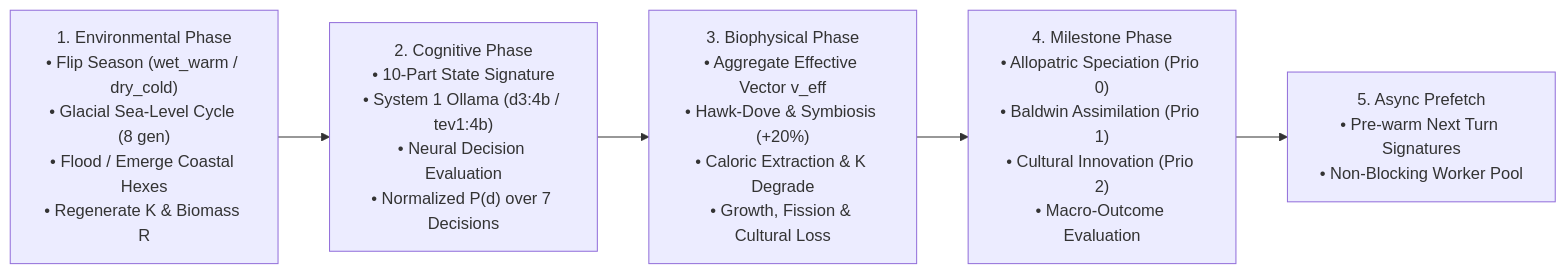
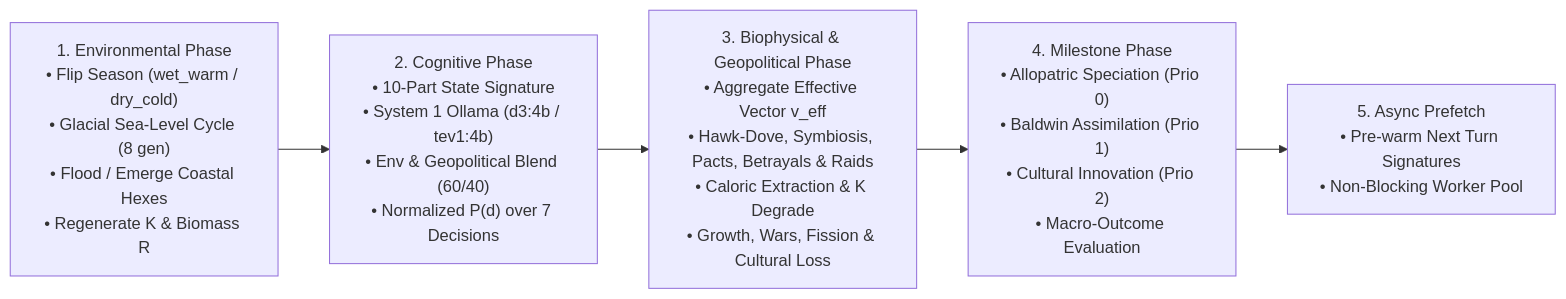
One commit to arrase/Evolution changed the diagram in gh-pages/index.md. Above: the diagram before and after it, drawn with Mermaid. The commit also changed other lines of this file and 47 other files, not shown here.

````diff
--- a/gh-pages/index.md
+++ b/gh-pages/index.md
@@ -111,7 +111,7 @@
 ```mermaid
 flowchart LR
-    Env["1. Environmental Phase\n• Flip Season (wet_warm / dry_cold)\n• Glacial Sea-Level Cycle (8 gen)\n• Flood / Emerge Coastal Hexes\n• Regenerate K & Biomass R"] --> Cog["2. Cognitive Phase\n• 10-Part State Signature\n• System 1 Ollama (d3:4b / tev1:4b)\n• Neural Decision Evaluation\n• Normalized P(d) over 7 Decisions"]
-    Cog --> Bio["3. Biophysical Phase\n• Aggregate Effective Vector v_eff\n• Hawk-Dove & Symbiosis (+20%)\n• Caloric Extraction & K Degrade\n• Growth, Fission & Cultural Loss"]
+    Env["1. Environmental Phase\n• Flip Season (wet_warm / dry_cold)\n• Glacial Sea-Level Cycle (8 gen)\n• Flood / Emerge Coastal Hexes\n• Regenerate K & Biomass R"] --> Cog["2. Cognitive Phase\n• 10-Part State Signature\n• System 1 Ollama (d3:4b / tev1:4b)\n• Env & Geopolitical Blend (60/40)\n• Normalized P(d) over 7 Decisions"]
+    Cog --> Bio["3. Biophysical & Geopolitical Phase\n• Aggregate Effective Vector v_eff\n• Hawk-Dove, Symbiosis, Pacts, Betrayals & Raids\n• Caloric Extraction & K Degrade\n• Growth, Wars, Fission & Cultural Loss"]
     Bio --> Mile["4. Milestone Phase\n• Allopatric Speciation (Prio 0)\n• Baldwin Assimilation (Prio 1)\n• Cultural Innovation (Prio 2)\n• Macro-Outcome Evaluation"]
     Mile --> Prefetch["5. Async Prefetch\n• Pre-warm Next Turn Signatures\n• Non-Blocking Worker Pool"]
 ```
````
